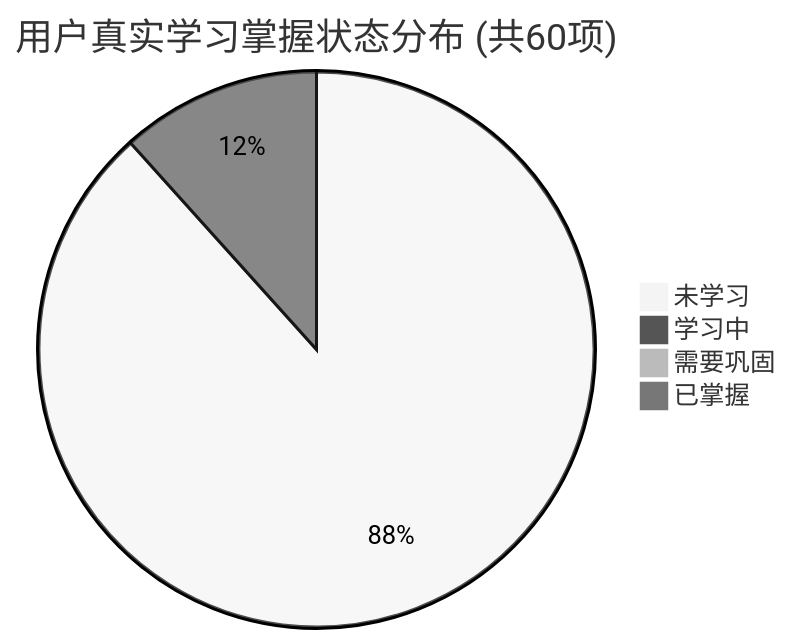
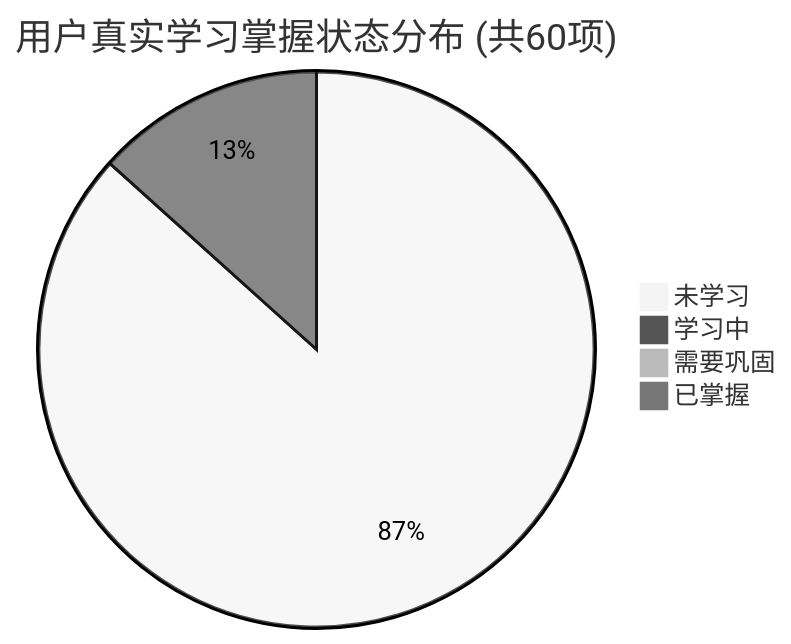
One commit to tieke1121/tech-interview-knowledge-base changed the first of 2 diagrams in PROGRESS.md. Above: the diagram before and after it, drawn with Mermaid (neutral theme). The commit also changed other lines of this file and 1 other file, not shown here.

````diff
--- a/PROGRESS.md
+++ b/PROGRESS.md
@@ -27,7 +27,7 @@
 ```mermaid
 pie title 用户真实学习掌握状态分布 (共60项)
-    "未学习" : 53
-    "学习中" : 7
+    "未学习" : 52
+    "学习中" : 8
     "需要巩固" : 0
     "已掌握" : 0
 ```
````
